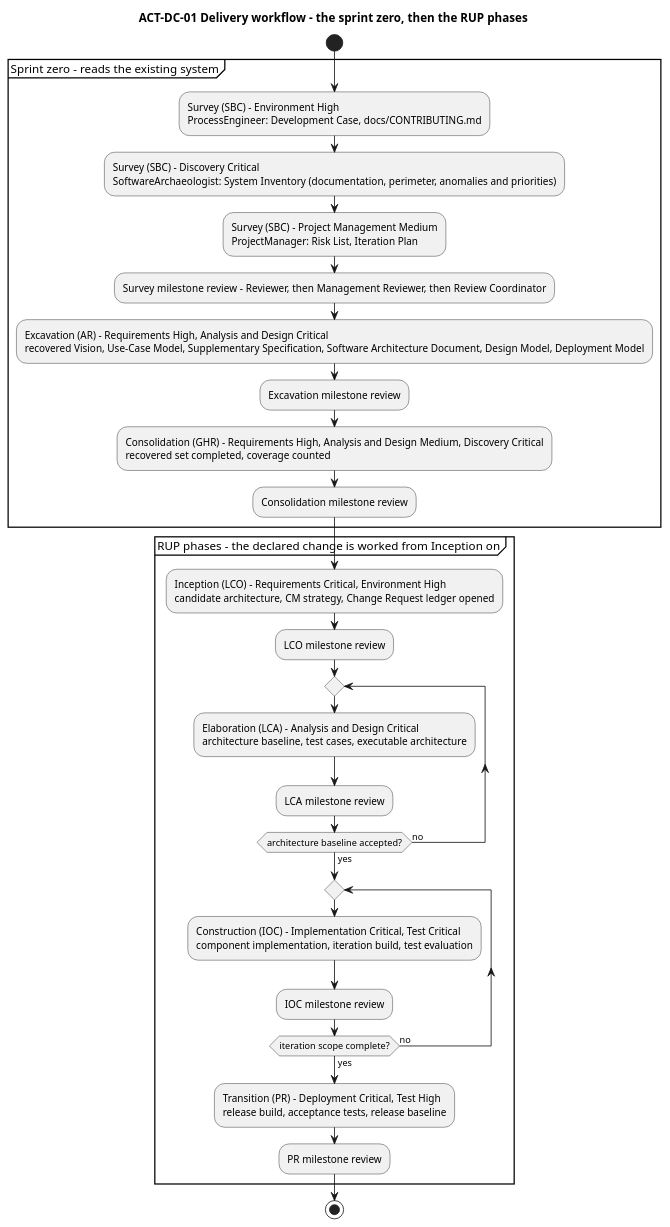
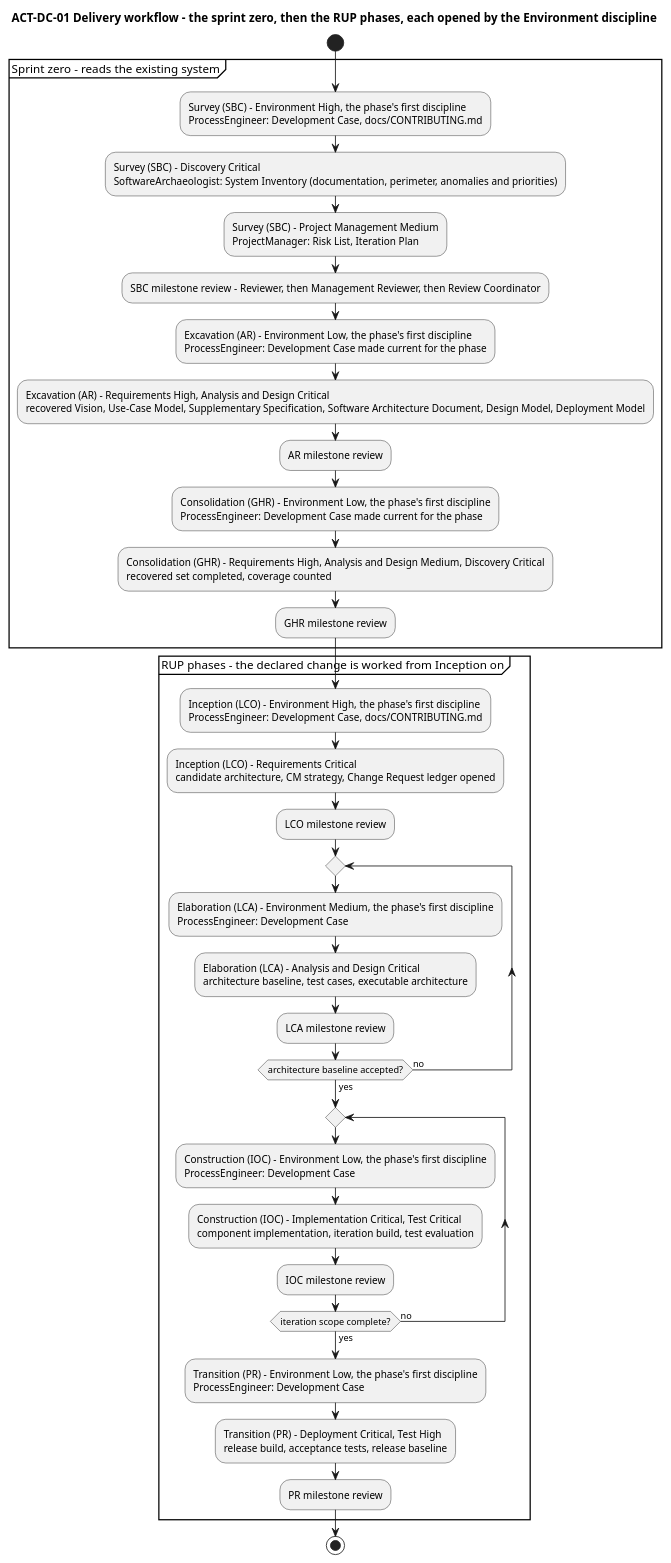
One commit to banense-test/TodoApp changed the second of 3 diagrams in docs/artifacts/environment/development-case.md. Above: the diagram before and after it, drawn with PlantUML. The commit also changed other lines of this file, not shown here.

Commit message:
Process Engineer [Excavation3]: upsert Development Case
[skip ci]

````diff
--- a/docs/artifacts/environment/development-case.md
+++ b/docs/artifacts/environment/development-case.md
@@ -94,41 +93,53 @@
 ```plantuml
 @startuml
-title ACT-DC-01 Delivery workflow - the sprint zero, then the RUP phases
+title ACT-DC-01 Delivery workflow - the sprint zero, then the RUP phases, each opened by the Environment discipline
 
 start
 partition "Sprint zero - reads the existing system" {
-  :Survey (SBC) - Environment High
+  :Survey (SBC) - Environment High, the phase's first discipline
   ProcessEngineer: Development Case, docs/CONTRIBUTING.md;
   :Survey (SBC) - Discovery Critical
   SoftwareArchaeologist: System Inventory (documentation, perimeter, anomalies and priorities);
   :Survey (SBC) - Project Management Medium
   ProjectManager: Risk List, Iteration Plan;
-  :Survey milestone review - Reviewer, then Management Reviewer, then Review Coordinator;
+  :SBC milestone review - Reviewer, then Management Reviewer, then Review Coordinator;
+  :Excavation (AR) - Environment Low, the phase's first discipline
+  ProcessEngineer: Development Case made current for the phase;
   :Excavation (AR) - Requirements High, Analysis and Design Critical
   recovered Vision, Use-Case Model, Supplementary Specification, Software Architecture Document, Design Model, Deployment Model;
-  :Excavation milestone review;
+  :AR milestone review;
+  :Consolidation (GHR) - Environment Low, the phase's first discipline
+  ProcessEngineer: Development Case made current for the phase;
   :Consolidation (GHR) - Requirements High, Analysis and Design Medium, Discovery Critical
   recovered set completed, coverage counted;
-  :Consolidation milestone review;
+  :GHR milestone review;
 }
 partition "RUP phases - the declared change is worked from Inception on" {
-  :Inception (LCO) - Requirements Critical, Environment High
+  :Inception (LCO) - Environment High, the phase's first discipline
+  ProcessEngineer: Development Case, docs/CONTRIBUTING.md;
+  :Inception (LCO) - Requirements Critical
   candidate architecture, CM strategy, Change Request ledger opened;
   :LCO milestone review;
   repeat
+    :Elaboration (LCA) - Environment Medium, the phase's first discipline
+    ProcessEngineer: Development Case;
     :Elaboration (LCA) - Analysis and Design Critical
     architecture baseline, test cases, executable architecture;
     :LCA milestone review;
   repeat while (architecture baseline accepted?) is (no) not (yes)
   repeat
+    :Construction (IOC) - Environment Low, the phase's first discipline
+    ProcessEngineer: Development Case;
     :Construction (IOC) - Implementation Critical, Test Critical
     component implementation, iteration build, test evaluation;
     :IOC milestone review;
   repeat while (iteration scope complete?) is (no) not (yes)
+  :Transition (PR) - Environment Low, the phase's first discipline
+  ProcessEngineer: Development Case;
   :Transition (PR) - Deployment Critical, Test High
   release build, acceptance tests, release baseline;
   :PR milestone review;
 }
 stop
 @enduml
 ```
````
